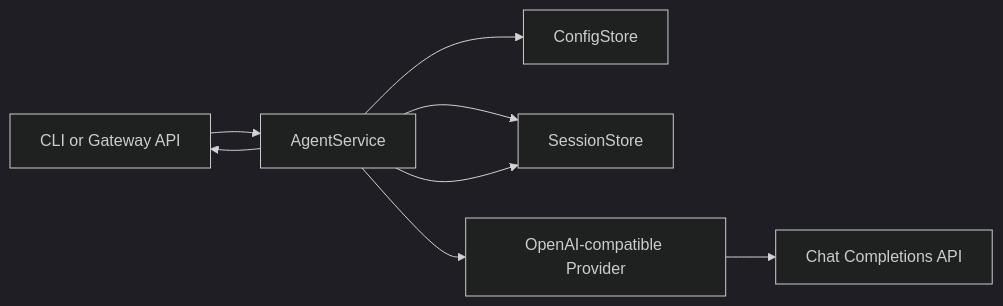
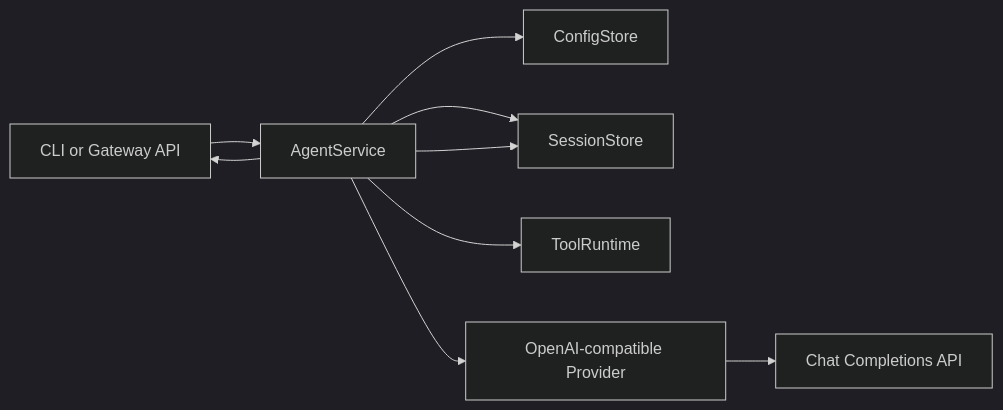
One commit to vanguard9/openclaw changed the diagram in dart_sub_claw/docs/architecture.md. Above: the diagram before and after it, drawn with Mermaid (dark theme). The commit also changed other lines of this file and 17 other files, not shown here.

````diff
--- a/dart_sub_claw/docs/architecture.md
+++ b/dart_sub_claw/docs/architecture.md
@@ -33,10 +35,11 @@
 ```mermaid
 flowchart LR
   CLI["CLI or Gateway API"] --> AgentService["AgentService"]
   AgentService --> ConfigStore["ConfigStore"]
   AgentService --> SessionStore["SessionStore"]
+  AgentService --> ToolRuntime["ToolRuntime"]
   AgentService --> Provider["OpenAI-compatible Provider"]
   Provider --> ModelAPI["Chat Completions API"]
   AgentService --> SessionStore
   AgentService --> CLI
 ```
````
